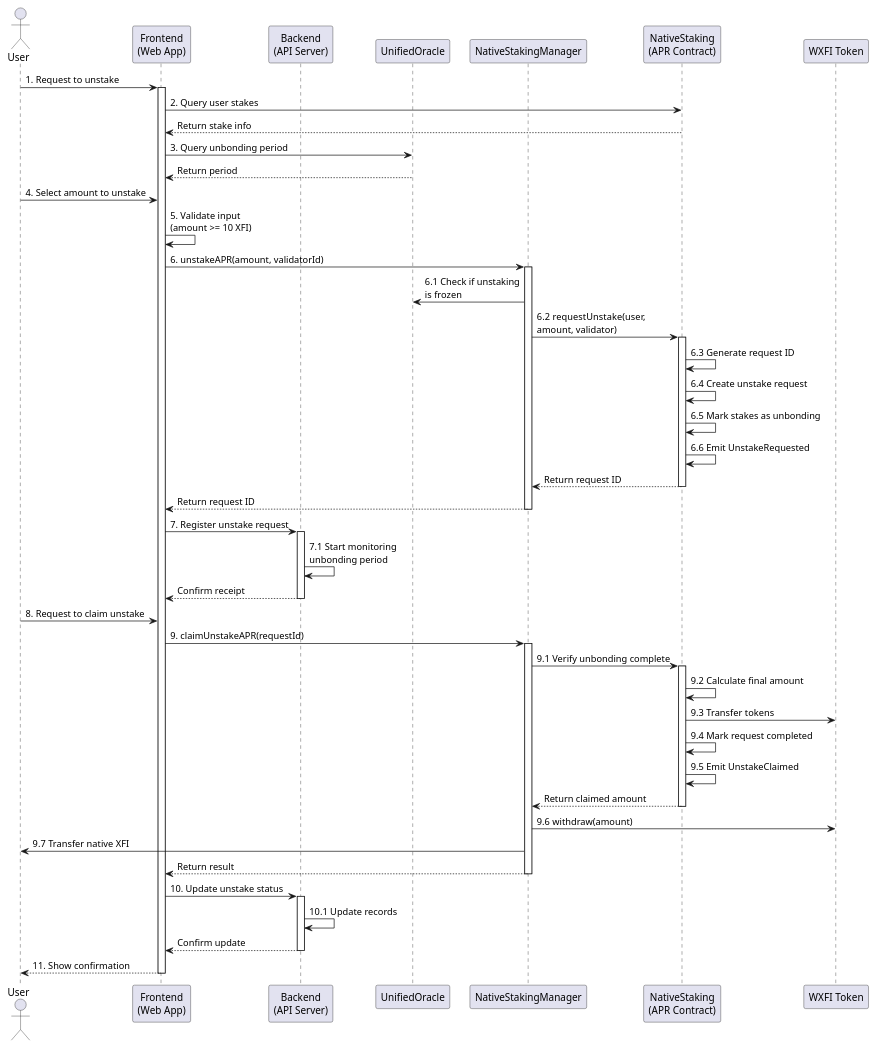
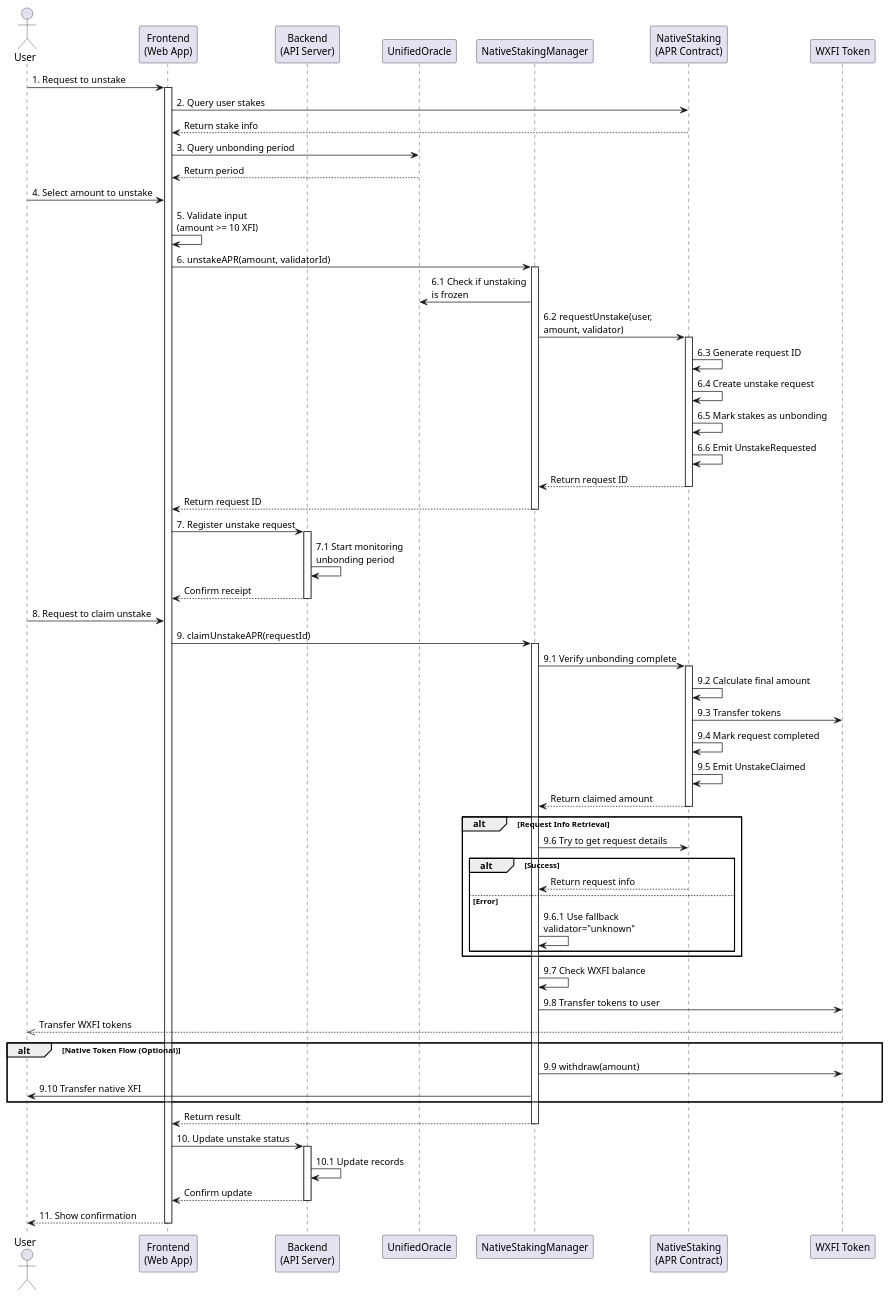
One commit to crossfichain/native-staking-contracts changed the diagram in docs/schemes/claim_with_unstake.puml. Above: the diagram before and after it, drawn with PlantUML. The commit also changed 10 other files, not shown here.

```diff
--- a/docs/schemes/claim_with_unstake.puml
+++ b/docs/schemes/claim_with_unstake.puml
@@ -1,72 +1,89 @@
 @startuml Unstake and Claim Flow
 actor User
 participant "Frontend\n(Web App)" as FE
 participant "Backend\n(API Server)" as BE
 participant "UnifiedOracle" as UO
 participant "NativeStakingManager" as NSM
 participant "NativeStaking\n(APR Contract)" as NS
 participant "WXFI Token" as WXFI
 
 User -> FE: 1. Request to unstake
 activate FE
 
 FE -> NS: 2. Query user stakes
 FE <-- NS: Return stake info
 
 FE -> UO: 3. Query unbonding period
 FE <-- UO: Return period
 
 User -> FE: 4. Select amount to unstake
 FE -> FE: 5. Validate input\n(amount >= 10 XFI)
 
 FE -> NSM: 6. unstakeAPR(amount, validatorId)
 activate NSM
 
 NSM -> UO: 6.1 Check if unstaking\nis frozen
 NSM -> NS: 6.2 requestUnstake(user,\namount, validator)
 activate NS
 NS -> NS: 6.3 Generate request ID
 NS -> NS: 6.4 Create unstake request
 NS -> NS: 6.5 Mark stakes as unbonding
 NS -> NS: 6.6 Emit UnstakeRequested
 NSM <-- NS: Return request ID
 deactivate NS
 
 FE <-- NSM: Return request ID
 deactivate NSM
 
 FE -> BE: 7. Register unstake request
 activate BE
 BE -> BE: 7.1 Start monitoring\nunbonding period
 FE <-- BE: Confirm receipt
 deactivate BE
 
 ' After unbonding period
 User -> FE: 8. Request to claim unstake
 FE -> NSM: 9. claimUnstakeAPR(requestId)
 activate NSM
 
 NSM -> NS: 9.1 Verify unbonding complete
 activate NS
 NS -> NS: 9.2 Calculate final amount
 NS -> WXFI: 9.3 Transfer tokens
 NS -> NS: 9.4 Mark request completed
 NS -> NS: 9.5 Emit UnstakeClaimed
 NSM <-- NS: Return claimed amount
 deactivate NS
 
-NSM -> WXFI: 9.6 withdraw(amount)
-NSM -> User: 9.7 Transfer native XFI
+alt Request Info Retrieval
+  NSM -> NS: 9.6 Try to get request details
+  alt Success
+    NSM <-- NS: Return request info
+  else Error
+    NSM -> NSM: 9.6.1 Use fallback\nvalidator="unknown"
+  end
+end
+
+NSM -> NSM: 9.7 Check WXFI balance
+
+NSM -> WXFI: 9.8 Transfer tokens to user
+WXFI -->> User: Transfer WXFI tokens
+
+alt Native Token Flow (Optional)
+  NSM -> WXFI: 9.9 withdraw(amount)
+  NSM -> User: 9.10 Transfer native XFI
+end
+
 FE <-- NSM: Return result
 deactivate NSM
 
 FE -> BE: 10. Update unstake status
 activate BE
 BE -> BE: 10.1 Update records
 FE <-- BE: Confirm update
 deactivate BE
 
 User <-- FE: 11. Show confirmation
 deactivate FE
 
 @enduml 
```
